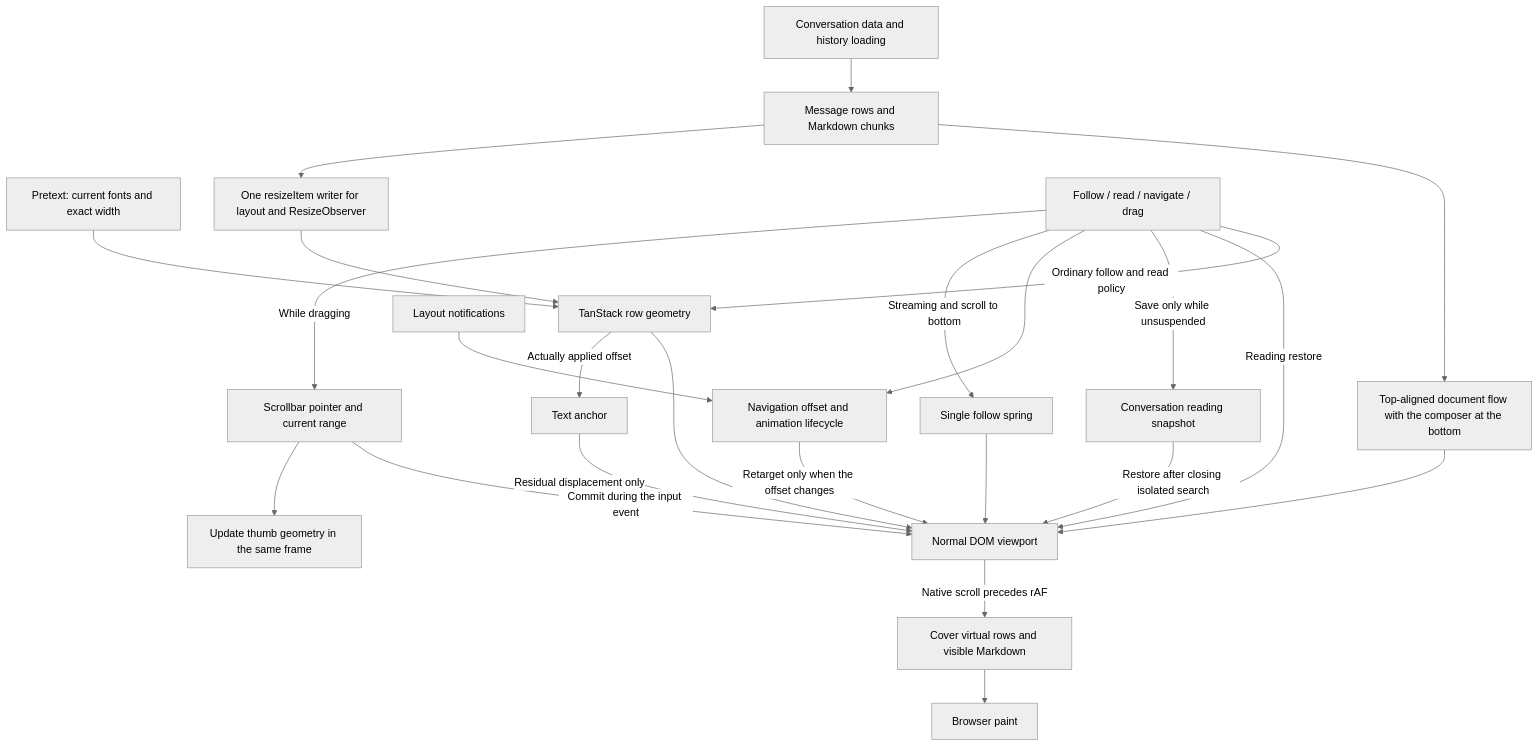
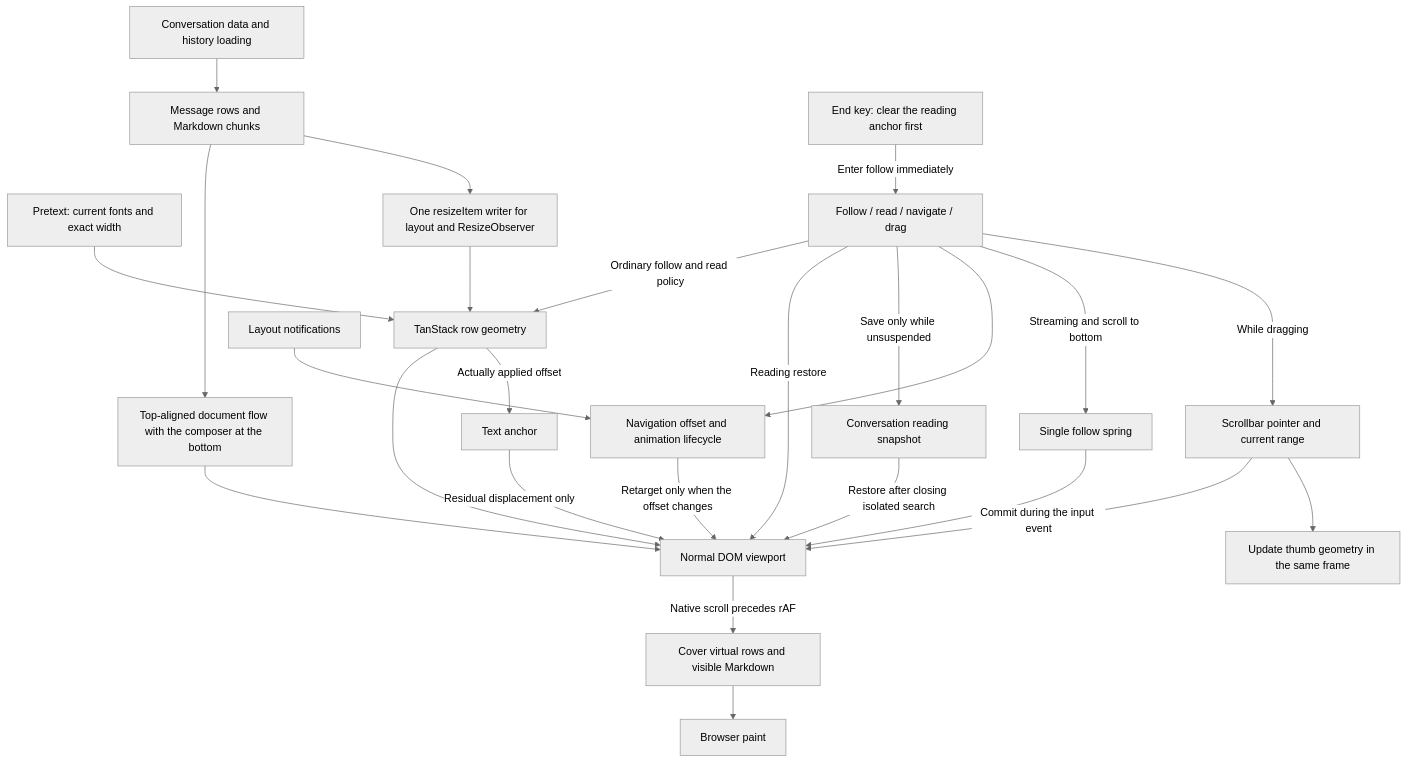
One commit to wecode-ai/Wegent changed the diagram in docs/en/wegent/developer-guide/wework-message-scroll.md. Above: the diagram before and after it, drawn with Mermaid (neutral theme). The commit also changed other lines of this file and 5 other files, not shown here.

````diff
--- a/docs/en/wegent/developer-guide/wework-message-scroll.md
+++ b/docs/en/wegent/developer-guide/wework-message-scroll.md
@@ -9,26 +9,27 @@
 ```mermaid
 flowchart TD
   Messages[Conversation data and history loading] --> Rows[Message rows and Markdown chunks]
   Rows --> Flow[Top-aligned document flow with the composer at the bottom]
   Flow --> Viewport
   Pretext[Pretext: current fonts and exact width] --> Engine[TanStack row geometry]
   Rows --> Measure[One resizeItem writer for layout and ResizeObserver]
   Measure --> Engine
   Engine --> Viewport[Normal DOM viewport]
   Controller[Follow / read / navigate / drag] -->|Ordinary follow and read policy| Engine
+  End[End key: clear the reading anchor first] -->|Enter follow immediately| Controller
   Controller -->|Reading restore| Viewport
   Controller -->|Save only while unsuspended| Snapshot[Conversation reading snapshot]
   Snapshot -->|Restore after closing isolated search| Viewport
   Controller --> Navigation[Navigation offset and animation lifecycle]
   Layout[Layout notifications] --> Navigation
   Navigation -->|Retarget only when the offset changes| Viewport
   Controller -->|Streaming and scroll to bottom| Spring[Single follow spring]
   Controller -->|While dragging| Pointer[Scrollbar pointer and current range]
   Pointer -->|Commit during the input event| Viewport
   Pointer --> Thumb[Update thumb geometry in the same frame]
   Viewport -->|Native scroll precedes rAF| Coverage[Cover virtual rows and visible Markdown]
   Coverage --> Paint[Browser paint]
   Engine -->|Actually applied offset| TextAnchor[Text anchor]
   TextAnchor -->|Residual displacement only| Viewport
   Spring --> Viewport
 ```
````
